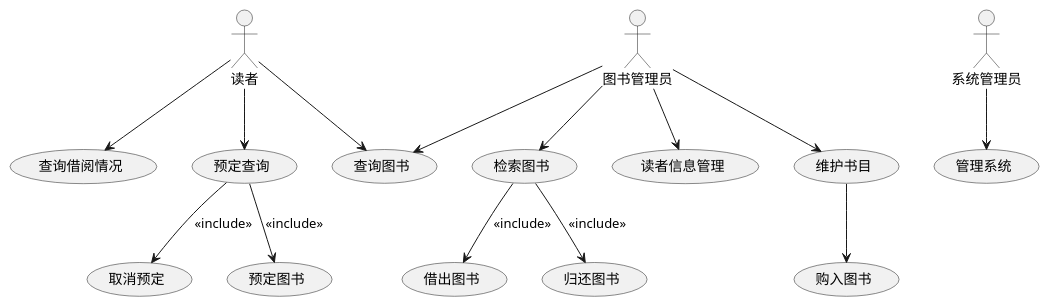
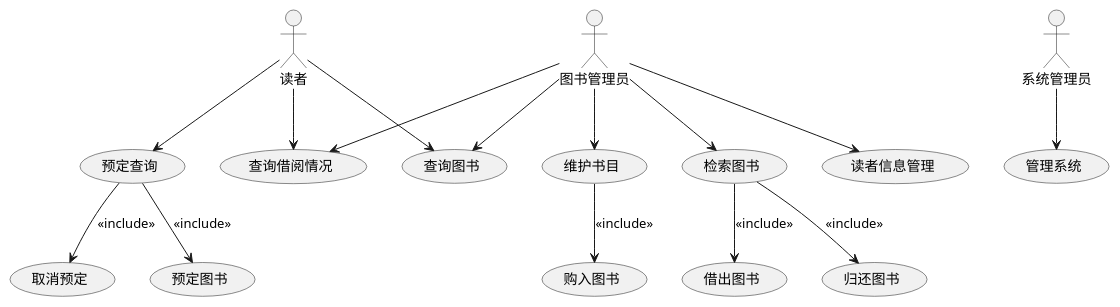
Before and after one commit to SuperTchain/is_analysis: the diagram in test2/plantuml1.puml, drawn with PlantUML. The commit also changed 29 other files, not shown here.

```diff
--- a/test2/plantuml1.puml
+++ b/test2/plantuml1.puml
@@ -1,34 +1,35 @@
 @startuml
 usecase (预定图书)
 usecase (取消预定)
 usecase (读者信息管理)
 usecase (查询图书)
 usecase (借出图书)
 usecase (归还图书)
 usecase (维护书目)
 usecase (查询借阅情况)
 usecase (购入图书)
 usecase (管理系统)
 
 actor :图书管理员:
 actor :读者:
 actor :系统管理员:
 
 :图书管理员: --> (检索图书)
 :图书管理员: --> (读者信息管理)
 :图书管理员: --> (维护书目)
 :图书管理员: --> (查询图书)
+:图书管理员: --> (查询借阅情况)
 
 :读者: --> (查询图书)
 :读者: --> (查询借阅情况)
 :读者: --> (预定查询)
 
 :系统管理员: --> (管理系统)
 
-(维护书目) --> (购入图书)
+(维护书目) --> (购入图书) : <<include>>
 (检索图书) --> (借出图书) : <<include>>
 (检索图书) --> (归还图书) : <<include>>
 (预定查询) --> (预定图书) : <<include>>
 (预定查询) --> (取消预定) : <<include>>
 
 @enduml
```
